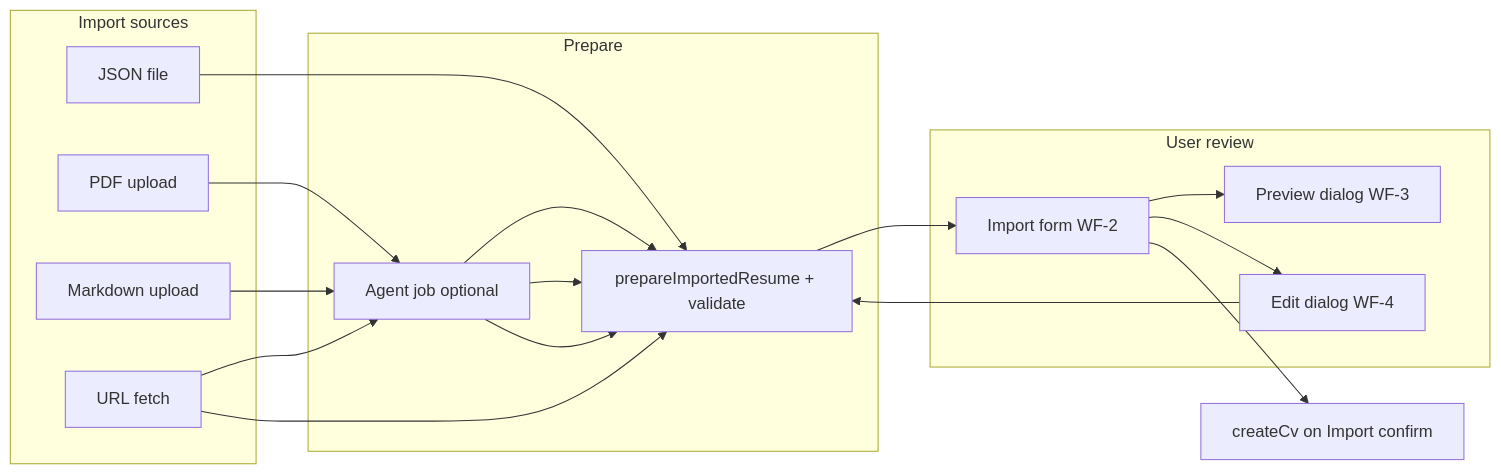
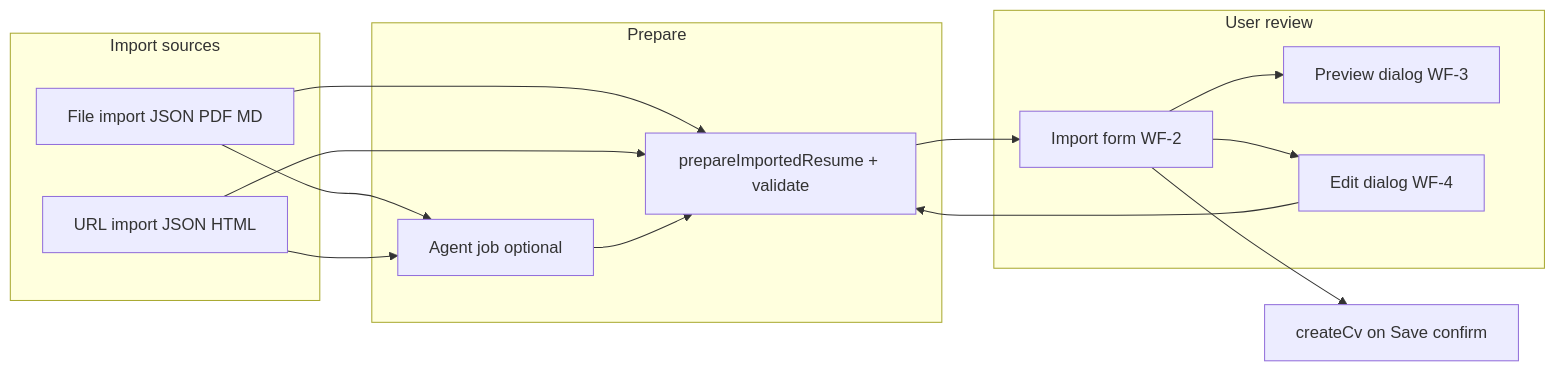
Before and after one commit to yortyrh/resubuild: the diagram in openspec/changes/import-preview/wireframes.md, drawn with Mermaid. The commit also changed other lines of this file and 6 other files, not shown here.

````diff
--- a/openspec/changes/import-preview/wireframes.md
+++ b/openspec/changes/import-preview/wireframes.md
@@ -7,34 +7,31 @@
 ```mermaid
 flowchart LR
   subgraph sources [Import sources]
-    JSON[JSON file]
-    PDF[PDF upload]
-    MD[Markdown upload]
-    URL[URL fetch]
+    File[File import JSON PDF MD]
+    URL[URL import JSON HTML]
   end
 
   subgraph prepare [Prepare]
     Agent[Agent job optional]
     Parse[prepareImportedResume + validate]
   end
 
   subgraph review [User review]
     Form[Import form WF-2]
     PreviewDlg[Preview dialog WF-3]
     EditDlg[Edit dialog WF-4]
   end
 
-  Create[createCv on Import confirm]
+  Create[createCv on Save confirm]
 
-  JSON --> Parse
-  PDF --> Agent --> Parse
-  MD --> Agent --> Parse
+  File --> Agent
+  File --> Parse
   URL --> Agent
   URL --> Parse
   Agent --> Parse
   Parse --> Form
   Form --> PreviewDlg
   Form --> EditDlg
   EditDlg --> Parse
   Form --> Create
 ```
````
